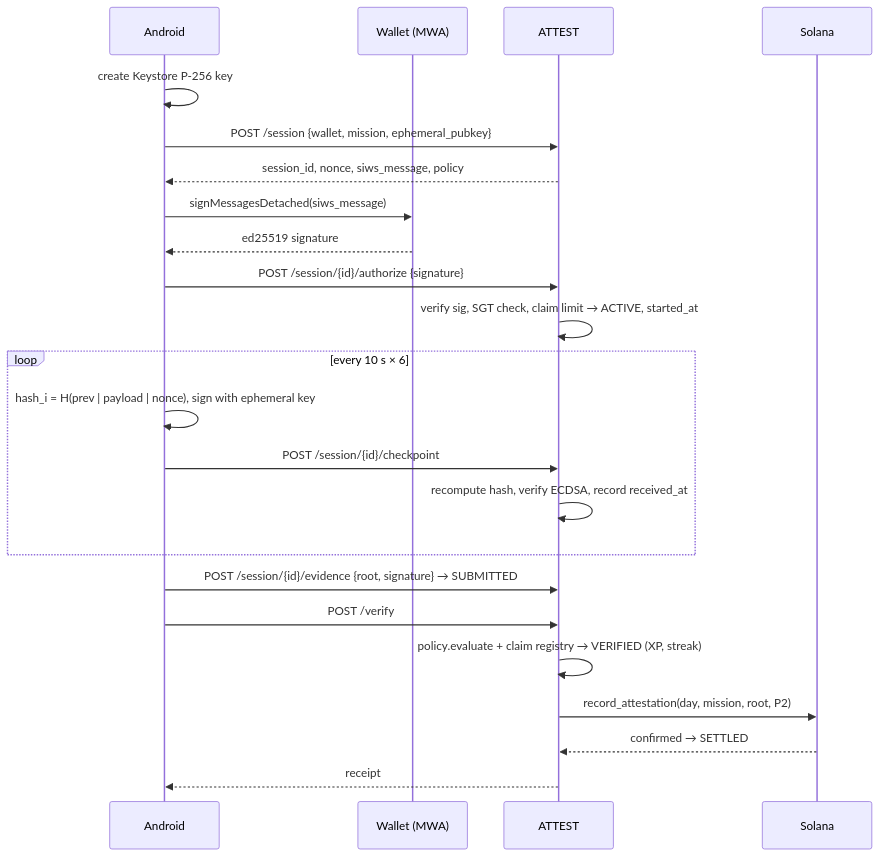
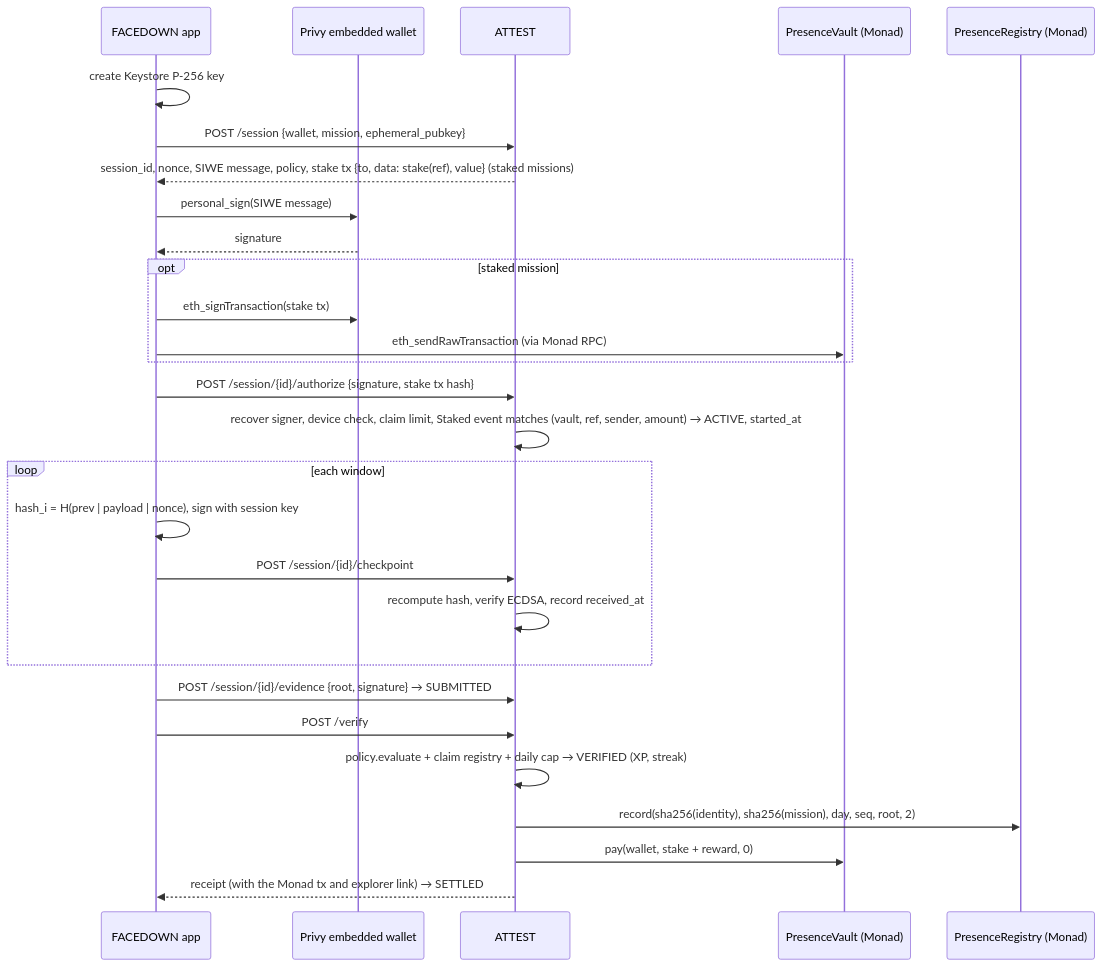
Before and after one commit to notwen123/PRESENCE: the diagram in docs/evidence-model.md, drawn with Mermaid. The commit also changed other lines of this file and 31 other files, not shown here.

First line of the commit message:
docs: README, docs and whitepaper fully on Monad + Privy; real Monad screenshots and GIFs

````diff
--- a/docs/evidence-model.md
+++ b/docs/evidence-model.md
@@ -31,25 +48,30 @@
 ```mermaid
 sequenceDiagram
-    participant A as Android
-    participant W as Wallet (MWA)
+    participant A as FACEDOWN app
+    participant W as Privy embedded wallet
     participant S as ATTEST
-    participant C as Solana
+    participant V as PresenceVault (Monad)
+    participant R as PresenceRegistry (Monad)
     A->>A: create Keystore P-256 key
     A->>S: POST /session {wallet, mission, ephemeral_pubkey}
-    S-->>A: session_id, nonce, siws_message, policy
-    A->>W: signMessagesDetached(siws_message)
-    W-->>A: ed25519 signature
-    A->>S: POST /session/{id}/authorize {signature}
-    S->>S: verify sig, SGT check, claim limit → ACTIVE, started_at
-    loop every 10 s × 6
-        A->>A: hash_i = H(prev | payload | nonce), sign with ephemeral key
+    S-->>A: session_id, nonce, SIWE message, policy, stake tx {to, data: stake(ref), value} (staked missions)
+    A->>W: personal_sign(SIWE message)
+    W-->>A: signature
+    opt staked mission
+        A->>W: eth_signTransaction(stake tx)
+        A->>V: eth_sendRawTransaction (via Monad RPC)
+    end
+    A->>S: POST /session/{id}/authorize {signature, stake tx hash}
+    S->>S: recover signer, device check, claim limit, Staked event matches (vault, ref, sender, amount) → ACTIVE, started_at
+    loop each window
+        A->>A: hash_i = H(prev | payload | nonce), sign with session key
         A->>S: POST /session/{id}/checkpoint
         S->>S: recompute hash, verify ECDSA, record received_at
     end
     A->>S: POST /session/{id}/evidence {root, signature} → SUBMITTED
     A->>S: POST /verify
-    S->>S: policy.evaluate + claim registry → VERIFIED (XP, streak)
-    S->>C: record_attestation(day, mission, root, P2)
-    C-->>S: confirmed → SETTLED
-    S-->>A: receipt
+    S->>S: policy.evaluate + claim registry + daily cap → VERIFIED (XP, streak)
+    S->>R: record(sha256(identity), sha256(mission), day, seq, root, 2)
+    S->>V: pay(wallet, stake + reward, 0)
+    S-->>A: receipt (with the Monad tx and explorer link) → SETTLED
 ```
````
